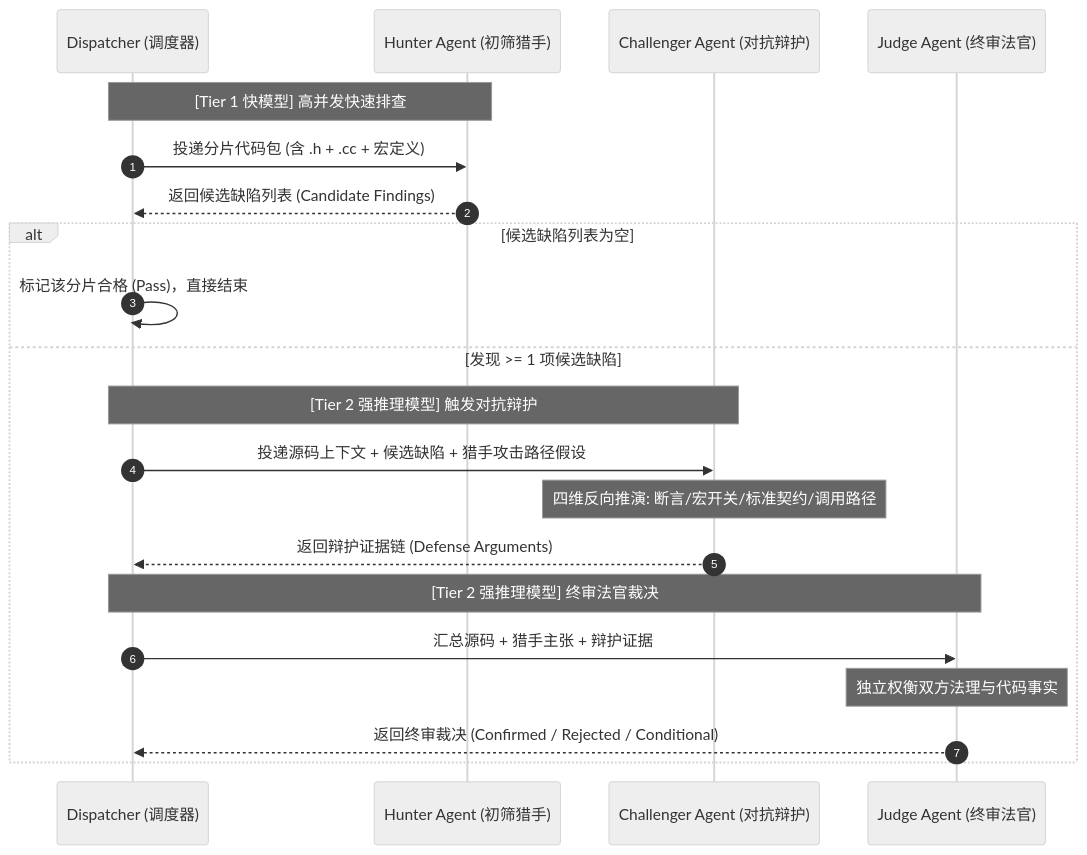
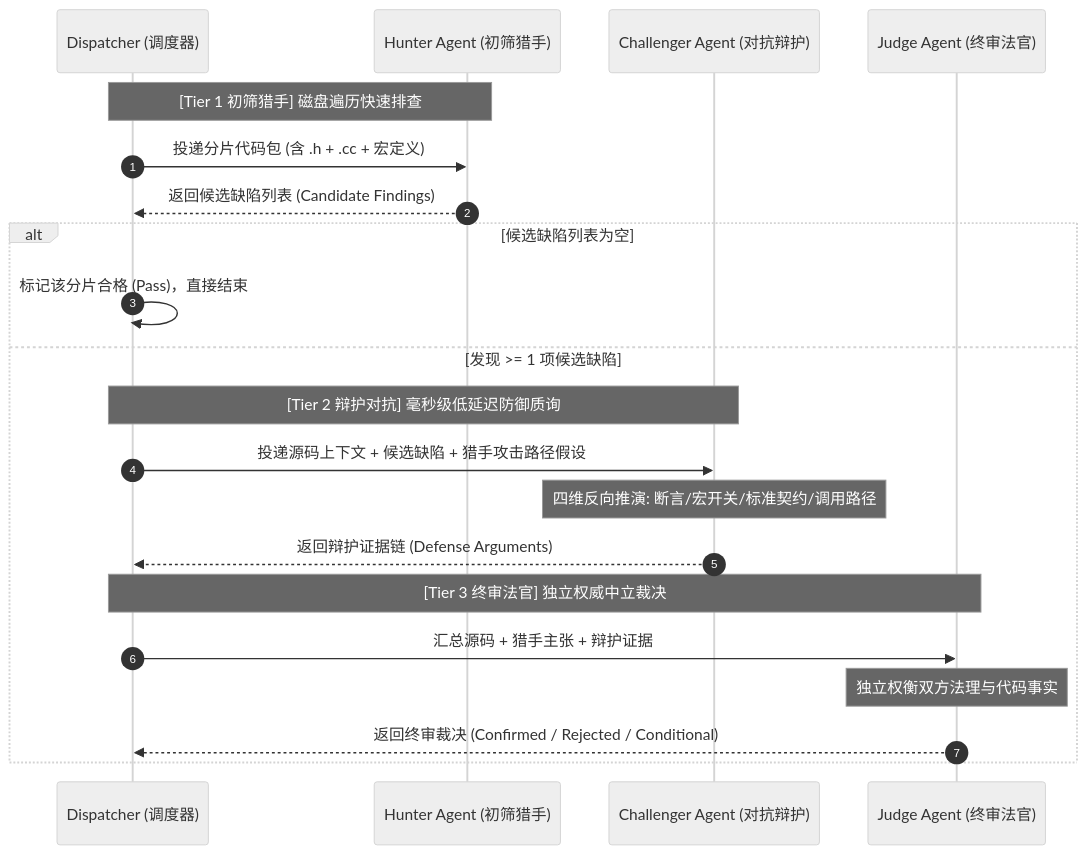
Before and after one commit to fugui/code-shield: the first of 4 diagrams in docs/02-architecture/02-scanner-engines/03-智能体协作与异构调度深度设计.md, drawn with Mermaid (neutral theme). The commit also changed other lines of this file and 6 other files, not shown here.

````diff
--- a/docs/02-architecture/02-scanner-engines/03-智能体协作与异构调度深度设计.md
+++ b/docs/02-architecture/02-scanner-engines/03-智能体协作与异构调度深度设计.md
@@ -20,26 +20,26 @@
 ```mermaid
 sequenceDiagram
     autonumber
     participant D as Dispatcher (调度器)
     participant H as Hunter Agent (初筛猎手)
     participant C as Challenger Agent (对抗辩护)
     participant J as Judge Agent (终审法官)
 
-    Note over D,H: [Tier 1 快模型] 高并发快速排查
+    Note over D,H: [Tier 1 初筛猎手] 磁盘遍历快速排查
     D->>H: 投递分片代码包 (含 .h + .cc + 宏定义)
     H-->>D: 返回候选缺陷列表 (Candidate Findings)
     
     alt 候选缺陷列表为空
         D->>D: 标记该分片合格 (Pass)，直接结束
     else 发现 >= 1 项候选缺陷
-        Note over D,C: [Tier 2 强推理模型] 触发对抗辩护
+        Note over D,C: [Tier 2 辩护对抗] 毫秒级低延迟防御质询
         D->>C: 投递源码上下文 + 候选缺陷 + 猎手攻击路径假设
         Note over C: 四维反向推演: 断言/宏开关/标准契约/调用路径
         C-->>D: 返回辩护证据链 (Defense Arguments)
         
-        Note over D,J: [Tier 2 强推理模型] 终审法官裁决
+        Note over D,J: [Tier 3 终审法官] 独立权威中立裁决
         D->>J: 汇总源码 + 猎手主张 + 辩护证据
         Note over J: 独立权衡双方法理与代码事实
         J-->>D: 返回终审裁决 (Confirmed / Rejected / Conditional)
     end
 ```
````
